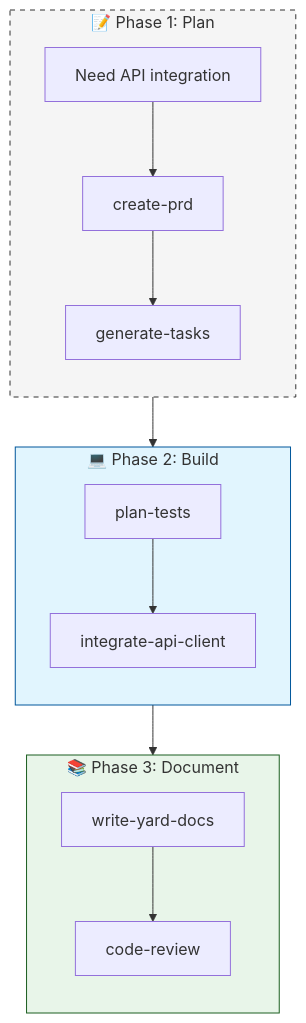
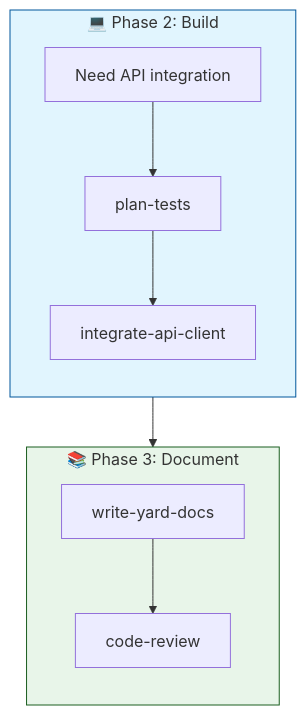
One commit to igmarin/rails-agent-skills changed the third of 3 diagrams in docs/agents/development.md. Above: the diagram before and after it, drawn with Mermaid. The commit also changed 120 other files, not shown here.

````diff
--- a/docs/agents/development.md
+++ b/docs/agents/development.md
@@ -197,25 +197,18 @@
 ```mermaid
 graph TB
-    subgraph Plan [📝 Phase 1: Plan]
-        direction TB
-        A[Need API integration] --> B[create-prd]
-        B --> C[generate-tasks]
-    end
-
     subgraph Build [💻 Phase 2: Build]
         direction TB
-        C --> D[plan-tests]
+        A[Need API integration] --> D[plan-tests]
         D --> E[integrate-api-client]
     end
 
     subgraph Document [📚 Phase 3: Document]
         direction TB
         E --> F[write-yard-docs]
         F --> G[code-review]
     end
 
     %% Styling
-    style Plan fill:#f5f5f5,stroke:#333,stroke-dasharray: 5 5
     style Build fill:#e1f5fe,stroke:#01579b
     style Document fill:#e8f5e9,stroke:#1b5e20
 ```
````
